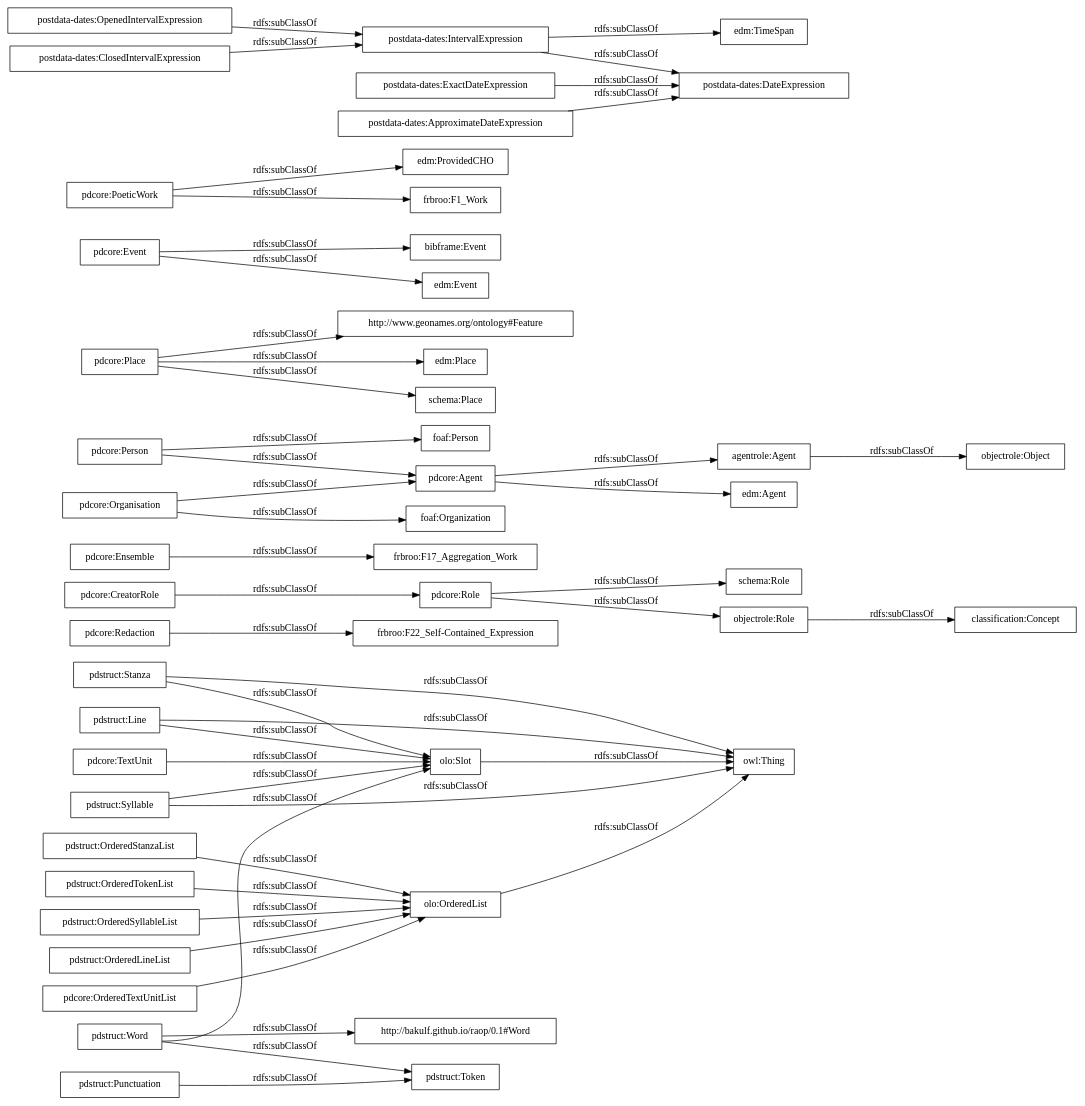
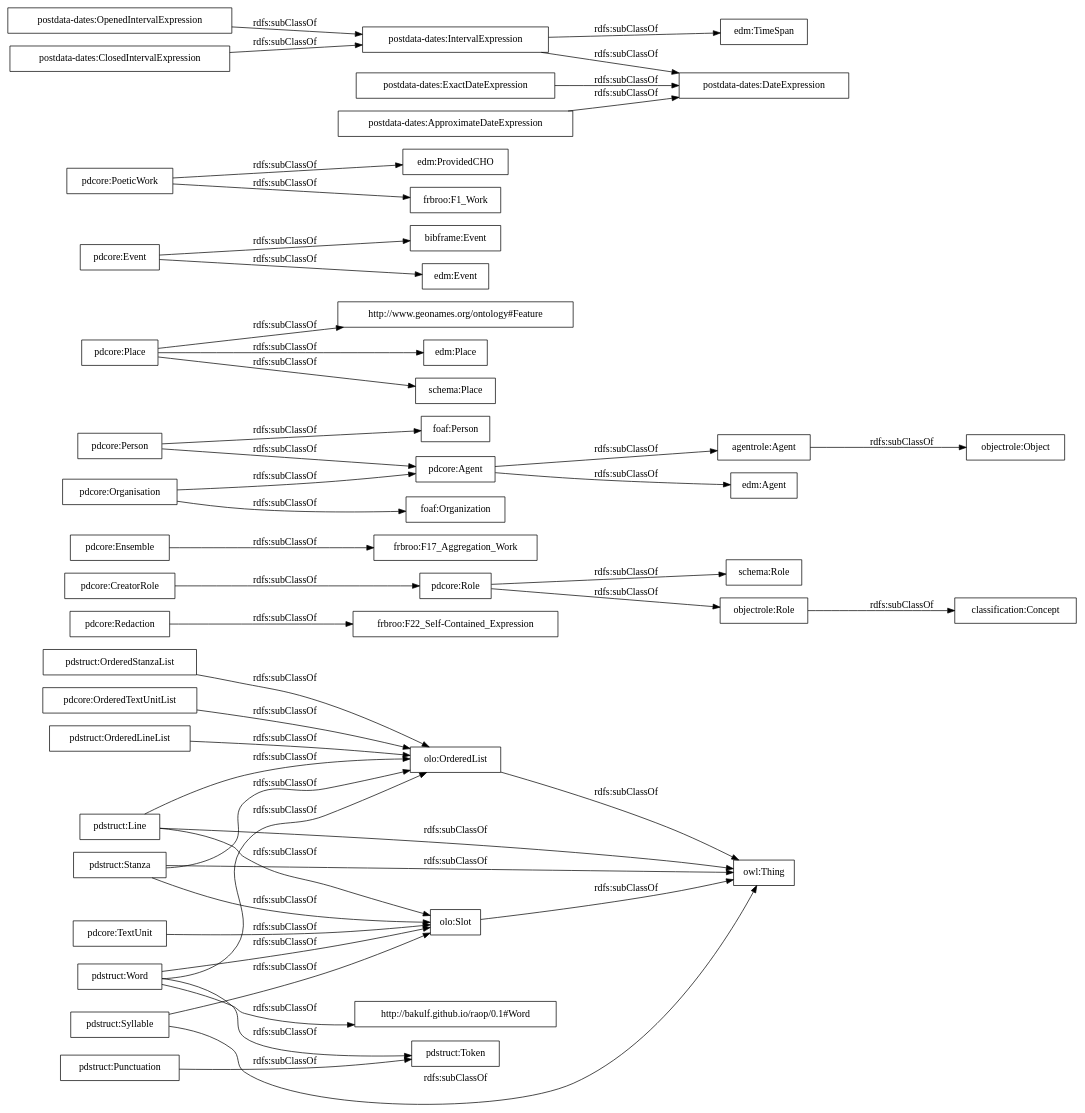
The diagram in OnToology/postdata-structuralElements.owl/diagrams/ar2dtool-taxonomy/postdata-structuralElements.owl.png.dot (linhd-postdata/structuralElements-ontology), drawn with Graphviz before and after one commit. The commit also changed 12 other files, not shown here.

```diff
--- a/OnToology/postdata-structuralElements.owl/diagrams/ar2dtool-taxonomy/postdata-structuralElements.owl.png.dot
+++ b/OnToology/postdata-structuralElements.owl/diagrams/ar2dtool-taxonomy/postdata-structuralElements.owl.png.dot
@@ -1,50 +1,51 @@
 digraph ar2dtool_diagram { 
 rankdir=LR;
 size="1000"
-node [shape = rectangle, color="black"]; "pdstruct:Line" "pdstruct:Punctuation" "pdstruct:OrderedStanzaList" "pdstruct:OrderedTokenList" "pdstruct:Word" "pdstruct:Stanza" "pdstruct:Token" "pdstruct:OrderedSyllableList" "pdcore:Redaction" "pdstruct:Syllable" "http://bakulf.github.io/raop/0.1#Word" "pdstruct:OrderedLineList" "pdcore:Role" "frbroo:F17_Aggregation_Work" "pdcore:OrderedTextUnitList" "agentrole:Agent" "http://www.geonames.org/ontology#Feature" "edm:Agent" "pdcore:Agent" "pdcore:CreatorRole" "pdcore:Person" "pdcore:Organisation" "edm:Place" "pdcore:Ensemble" "foaf:Person" "frbroo:F22_Self-Contained_Expression" "bibframe:Event" "edm:Event" "pdcore:TextUnit" "foaf:Organization" "edm:ProvidedCHO" "pdcore:Place" "schema:Place" "pdcore:Event" "pdcore:PoeticWork" "frbroo:F1_Work" "schema:Role" "olo:Slot" "olo:OrderedList" "owl:Thing" "objectrole:Role" "objectrole:Object" "postdata-dates:OpenedIntervalExpression" "postdata-dates:ClosedIntervalExpression" "postdata-dates:IntervalExpression" "postdata-dates:ExactDateExpression" "edm:TimeSpan" "postdata-dates:DateExpression" "postdata-dates:ApproximateDateExpression" "classification:Concept" ; /*classes style*/
+node [shape = rectangle, color="black"]; "pdstruct:Line" "pdstruct:Punctuation" "pdstruct:OrderedStanzaList" "pdstruct:Stanza" "pdstruct:Word" "pdstruct:Token" "pdcore:Redaction" "pdstruct:Syllable" "http://bakulf.github.io/raop/0.1#Word" "pdstruct:OrderedLineList" "pdcore:Role" "frbroo:F17_Aggregation_Work" "pdcore:OrderedTextUnitList" "agentrole:Agent" "http://www.geonames.org/ontology#Feature" "edm:Agent" "pdcore:Agent" "pdcore:CreatorRole" "pdcore:Person" "pdcore:Organisation" "edm:Place" "pdcore:Ensemble" "foaf:Person" "frbroo:F22_Self-Contained_Expression" "bibframe:Event" "edm:Event" "pdcore:TextUnit" "foaf:Organization" "edm:ProvidedCHO" "pdcore:Place" "schema:Place" "pdcore:Event" "pdcore:PoeticWork" "frbroo:F1_Work" "schema:Role" "olo:Slot" "olo:OrderedList" "owl:Thing" "objectrole:Role" "objectrole:Object" "postdata-dates:OpenedIntervalExpression" "postdata-dates:ClosedIntervalExpression" "postdata-dates:IntervalExpression" "postdata-dates:ExactDateExpression" "edm:TimeSpan" "postdata-dates:DateExpression" "postdata-dates:ApproximateDateExpression" "classification:Concept" ; /*classes style*/
 	"pdstruct:OrderedStanzaList" -> "olo:OrderedList" [ label = "rdfs:subClassOf" ];
 	"pdcore:Person" -> "foaf:Person" [ label = "rdfs:subClassOf" ];
 	"pdcore:Person" -> "pdcore:Agent" [ label = "rdfs:subClassOf" ];
-	"pdstruct:OrderedTokenList" -> "olo:OrderedList" [ label = "rdfs:subClassOf" ];
 	"pdstruct:Punctuation" -> "pdstruct:Token" [ label = "rdfs:subClassOf" ];
 	"agentrole:Agent" -> "objectrole:Object" [ label = "rdfs:subClassOf" ];
+	"pdstruct:Word" -> "olo:OrderedList" [ label = "rdfs:subClassOf" ];
 	"pdstruct:Word" -> "olo:Slot" [ label = "rdfs:subClassOf" ];
 	"pdstruct:Word" -> "pdstruct:Token" [ label = "rdfs:subClassOf" ];
 	"pdstruct:Word" -> "http://bakulf.github.io/raop/0.1#Word" [ label = "rdfs:subClassOf" ];
 	"pdcore:PoeticWork" -> "frbroo:F1_Work" [ label = "rdfs:subClassOf" ];
 	"pdcore:PoeticWork" -> "edm:ProvidedCHO" [ label = "rdfs:subClassOf" ];
 	"objectrole:Role" -> "classification:Concept" [ label = "rdfs:subClassOf" ];
-	"pdstruct:OrderedSyllableList" -> "olo:OrderedList" [ label = "rdfs:subClassOf" ];
 	"postdata-dates:ClosedIntervalExpression" -> "postdata-dates:IntervalExpression" [ label = "rdfs:subClassOf" ];
 	"pdstruct:Stanza" -> "olo:Slot" [ label = "rdfs:subClassOf" ];
+	"pdstruct:Stanza" -> "olo:OrderedList" [ label = "rdfs:subClassOf" ];
 	"pdstruct:Stanza" -> "owl:Thing" [ label = "rdfs:subClassOf" ];
 	"postdata-dates:ApproximateDateExpression" -> "postdata-dates:DateExpression" [ label = "rdfs:subClassOf" ];
 	"pdcore:Agent" -> "agentrole:Agent" [ label = "rdfs:subClassOf" ];
 	"pdcore:Agent" -> "edm:Agent" [ label = "rdfs:subClassOf" ];
 	"olo:Slot" -> "owl:Thing" [ label = "rdfs:subClassOf" ];
 	"postdata-dates:OpenedIntervalExpression" -> "postdata-dates:IntervalExpression" [ label = "rdfs:subClassOf" ];
 	"pdcore:Organisation" -> "foaf:Organization" [ label = "rdfs:subClassOf" ];
 	"pdcore:Organisation" -> "pdcore:Agent" [ label = "rdfs:subClassOf" ];
 	"pdcore:Ensemble" -> "frbroo:F17_Aggregation_Work" [ label = "rdfs:subClassOf" ];
 	"olo:OrderedList" -> "owl:Thing" [ label = "rdfs:subClassOf" ];
 	"pdcore:TextUnit" -> "olo:Slot" [ label = "rdfs:subClassOf" ];
 	"pdcore:Redaction" -> "frbroo:F22_Self-Contained_Expression" [ label = "rdfs:subClassOf" ];
 	"pdcore:Place" -> "edm:Place" [ label = "rdfs:subClassOf" ];
 	"pdcore:Place" -> "schema:Place" [ label = "rdfs:subClassOf" ];
 	"pdcore:Place" -> "http://www.geonames.org/ontology#Feature" [ label = "rdfs:subClassOf" ];
 	"pdstruct:OrderedLineList" -> "olo:OrderedList" [ label = "rdfs:subClassOf" ];
 	"pdcore:CreatorRole" -> "pdcore:Role" [ label = "rdfs:subClassOf" ];
 	"pdcore:Role" -> "objectrole:Role" [ label = "rdfs:subClassOf" ];
 	"pdcore:Role" -> "schema:Role" [ label = "rdfs:subClassOf" ];
 	"pdstruct:Syllable" -> "owl:Thing" [ label = "rdfs:subClassOf" ];
 	"pdstruct:Syllable" -> "olo:Slot" [ label = "rdfs:subClassOf" ];
 	"pdstruct:Line" -> "olo:Slot" [ label = "rdfs:subClassOf" ];
+	"pdstruct:Line" -> "olo:OrderedList" [ label = "rdfs:subClassOf" ];
 	"pdstruct:Line" -> "owl:Thing" [ label = "rdfs:subClassOf" ];
 	"pdcore:OrderedTextUnitList" -> "olo:OrderedList" [ label = "rdfs:subClassOf" ];
 	"postdata-dates:IntervalExpression" -> "edm:TimeSpan" [ label = "rdfs:subClassOf" ];
 	"postdata-dates:IntervalExpression" -> "postdata-dates:DateExpression" [ label = "rdfs:subClassOf" ];
 	"postdata-dates:ExactDateExpression" -> "postdata-dates:DateExpression" [ label = "rdfs:subClassOf" ];
 	"pdcore:Event" -> "edm:Event" [ label = "rdfs:subClassOf" ];
 	"pdcore:Event" -> "bibframe:Event" [ label = "rdfs:subClassOf" ];
 
 }
```
